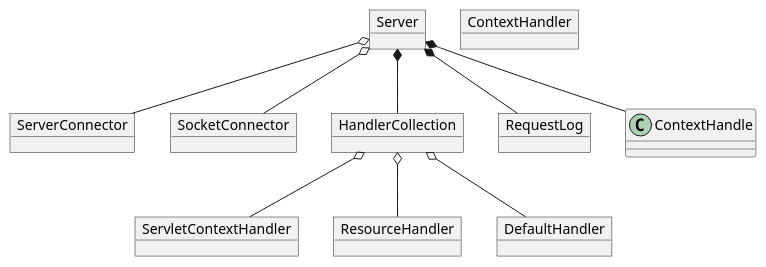
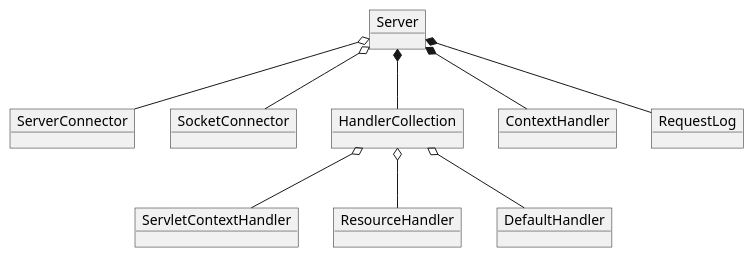
The diagram in jetty-media-share/docs/jetty-model.puml (Mark-Kovalyov/JettyShare), drawn with PlantUML before and after one commit. The commit also changed 13 other files, not shown here.

```diff
--- a/jetty-media-share/docs/jetty-model.puml
+++ b/jetty-media-share/docs/jetty-model.puml
@@ -1,21 +1,21 @@
 @startuml
 object Server
 object ServerConnector
 object SocketConnector
 object ServletContextHandler
 object ResourceHandler
 object HandlerCollection
 object DefaultHandler
 object ContextHandler
 object RequestLog
 
-Server *-- ContextHandle
+Server *-- ContextHandler
 Server o-- SocketConnector
 Server o-- ServerConnector
 Server *-- HandlerCollection
 Server *-- RequestLog
 HandlerCollection o-- ResourceHandler
 HandlerCollection o-- ServletContextHandler
 HandlerCollection o-- DefaultHandler
 
 @enduml
```
